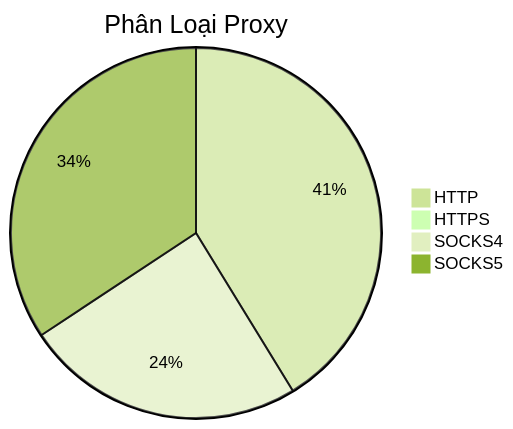
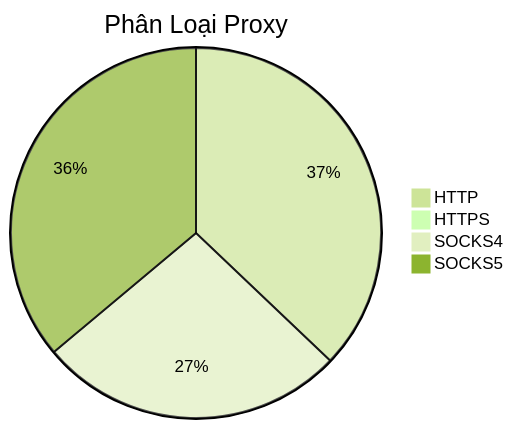
Before and after one commit to Ciara-12/PROXY-free: the diagram in README.md, drawn with Mermaid (forest theme). The commit also changed other lines of this file and 3 other files, not shown here.

````diff
--- a/README.md
+++ b/README.md
@@ -26,7 +26,7 @@
 ```mermaid
 pie title Phân Loại Proxy
-    "HTTP" : 718
+    "HTTP" : 591
     "HTTPS" : 0
-    "SOCKS4" : 426
-    "SOCKS5" : 597
+    "SOCKS4" : 427
+    "SOCKS5" : 575
 ```
````
